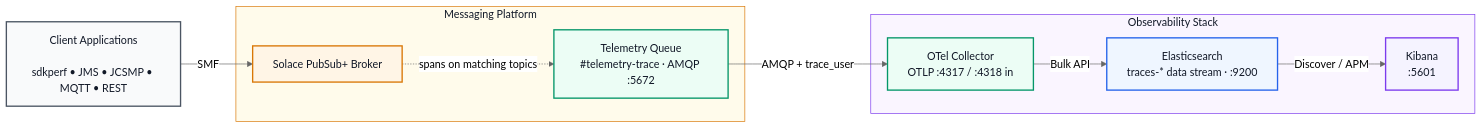
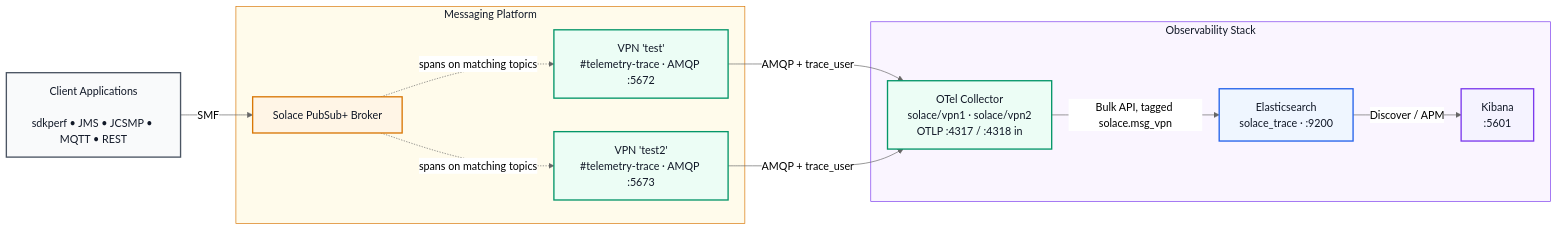
One commit to Tanendra77/solace-grafana-observatory changed the diagram in README.md. Above: the diagram before and after it, drawn with Mermaid (neutral theme). The commit also changed other lines of this file and 9 other files, not shown here.

````diff
--- a/README.md
+++ b/README.md
@@ -19,36 +19,39 @@
 ```mermaid
 flowchart LR
 
     classDef client fill:#F9FAFB,stroke:#4B5563,stroke-width:2px,color:#111827;
     classDef broker fill:#FFF5E6,stroke:#D97706,stroke-width:2px,color:#111827;
     classDef monitor fill:#ECFDF5,stroke:#059669,stroke-width:2px,color:#111827;
     classDef storage fill:#EFF6FF,stroke:#2563EB,stroke-width:2px,color:#111827;
     classDef ui fill:#F5F3FF,stroke:#7C3AED,stroke-width:2px,color:#111827;
 
     A["Client Applications<br/><br/>sdkperf • JMS • JCSMP • MQTT • REST"]
 
     subgraph Broker["Messaging Platform"]
         B["Solace PubSub+ Broker"]
-        C["Telemetry Queue<br/>#telemetry-trace · AMQP :5672"]
+        C["VPN 'test'<br/>#telemetry-trace · AMQP :5672"]
+        C2["VPN 'test2'<br/>#telemetry-trace · AMQP :5673"]
     end
 
     subgraph Observability["Observability Stack"]
-        D["OTel Collector<br/>OTLP :4317 / :4318 in"]
-        E["Elasticsearch<br/>traces-* data stream · :9200"]
+        D["OTel Collector<br/>solace/vpn1 · solace/vpn2<br/>OTLP :4317 / :4318 in"]
+        E["Elasticsearch<br/>solace_trace · :9200"]
         F["Kibana<br/>:5601"]
     end
 
     A -->|"SMF"| B
     B -.->|"spans on matching topics"| C
+    B -.->|"spans on matching topics"| C2
     C -->|"AMQP + trace_user"| D
-    D -->|"Bulk API"| E
+    C2 -->|"AMQP + trace_user"| D
+    D -->|"Bulk API, tagged solace.msg_vpn"| E
     E -->|"Discover / APM"| F
 
     class A client
     class B broker
-    class C,D monitor
+    class C,C2,D monitor
     class E storage
     class F ui
     style Broker fill:#FFFBEB,stroke:#D97706,color:#111827
     style Observability fill:#FAF5FF,stroke:#7C3AED,color:#111827
 ```
````
